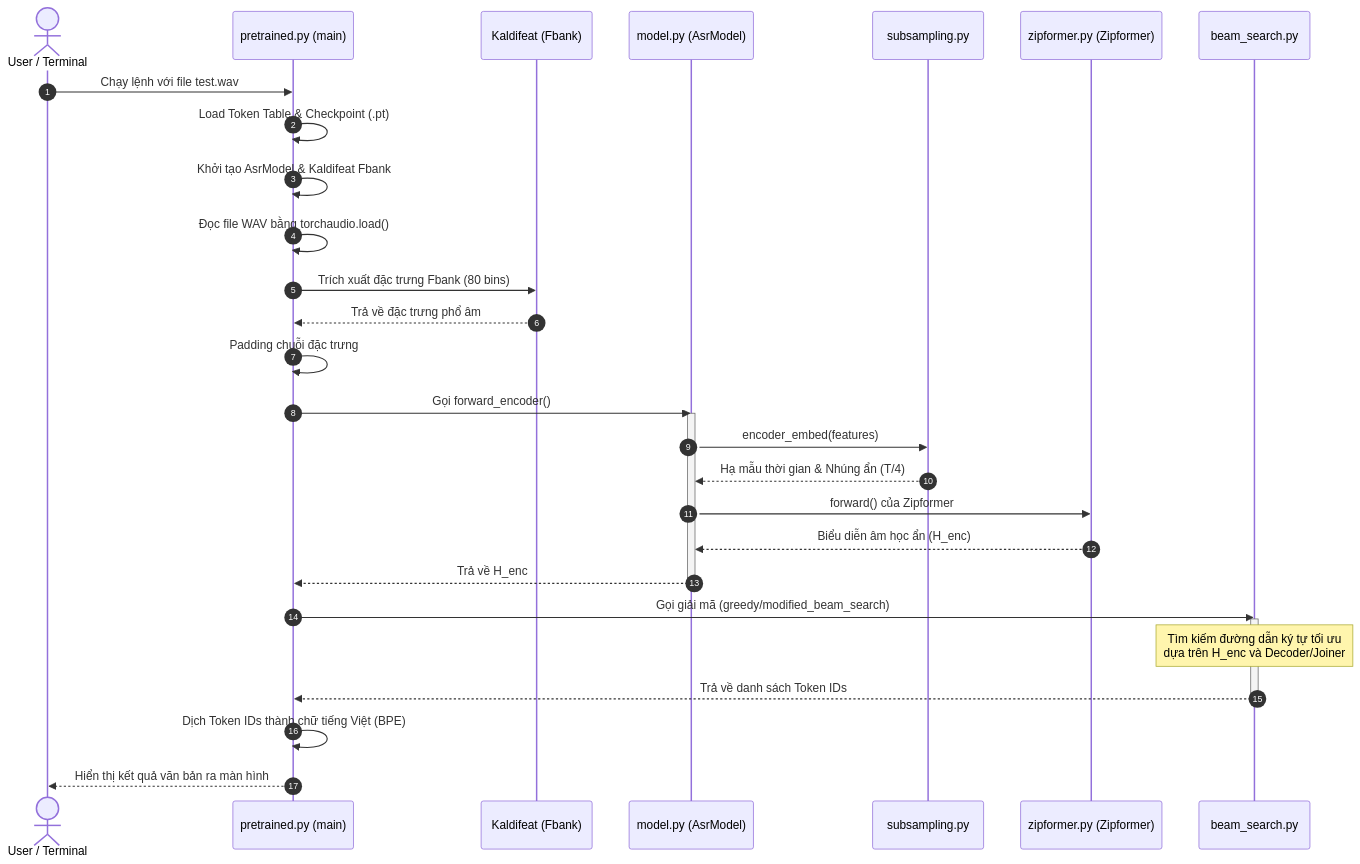
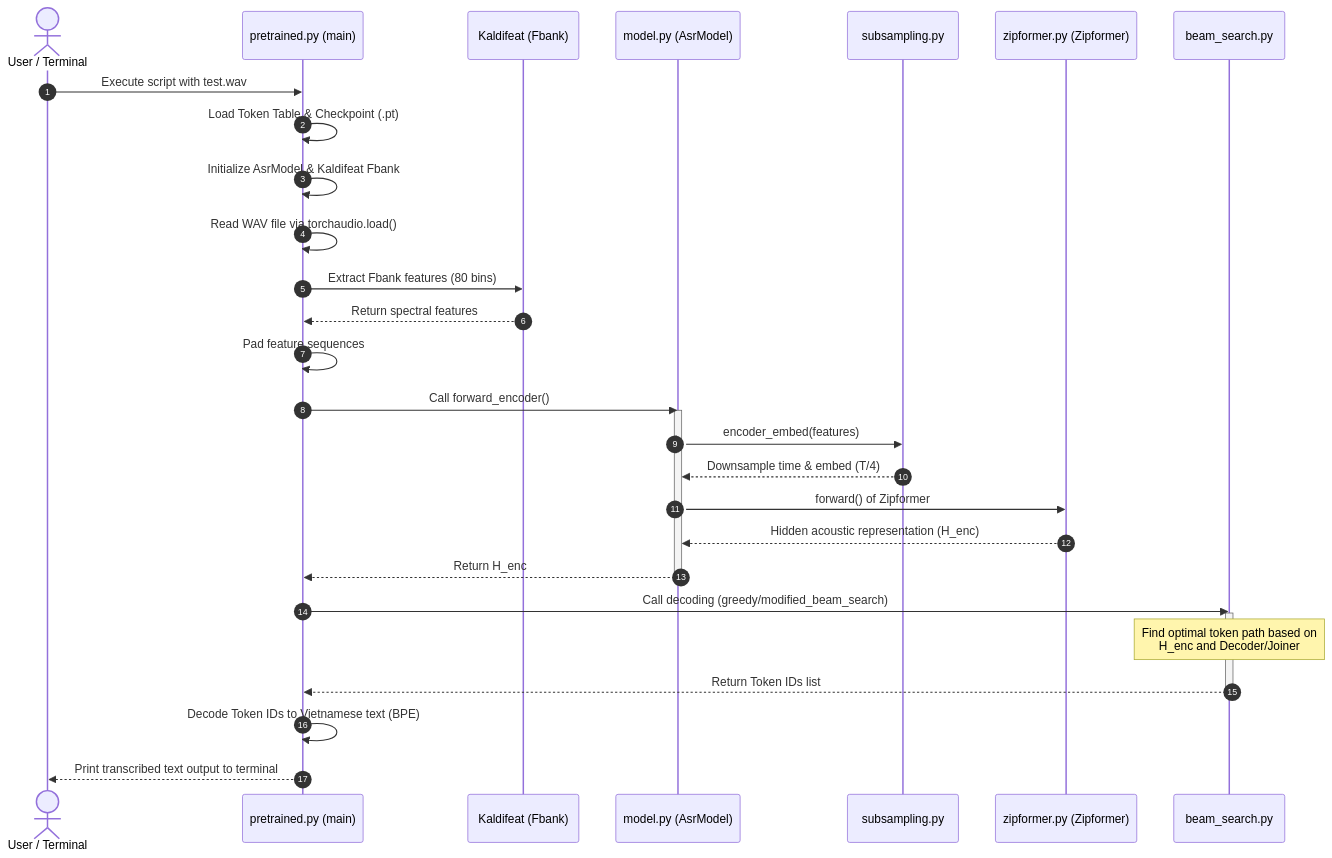
The diagram in docs/zipformer-architecture.md (AnhNN04/AIP491-G5-zipformer-training), drawn with Mermaid before and after one commit. The commit also changed other lines of this file and 6 other files, not shown here.

Commit message:
docs: create docs for origional asr architect and detail implementation for POC demo system

````diff
--- a/docs/zipformer-architecture.md
+++ b/docs/zipformer-architecture.md
@@ -62,34 +62,34 @@
 ```mermaid
 sequenceDiagram
     autonumber
     actor User as User / Terminal
     participant Main as pretrained.py (main)
     participant Feat as Kaldifeat (Fbank)
     participant Model as model.py (AsrModel)
     participant Sub as subsampling.py
     participant Enc as zipformer.py (Zipformer)
     participant Dec as beam_search.py
 
-    User->>Main: Chạy lệnh với file test.wav
+    User->>Main: Execute script with test.wav
     Main->>Main: Load Token Table & Checkpoint (.pt)
-    Main->>Main: Khởi tạo AsrModel & Kaldifeat Fbank
-    Main->>Main: Đọc file WAV bằng torchaudio.load()
-    Main->>Feat: Trích xuất đặc trưng Fbank (80 bins)
-    Feat-->>Main: Trả về đặc trưng phổ âm
-    Main->>Main: Padding chuỗi đặc trưng
-    Main->>Model: Gọi forward_encoder()
+    Main->>Main: Initialize AsrModel & Kaldifeat Fbank
+    Main->>Main: Read WAV file via torchaudio.load()
+    Main->>Feat: Extract Fbank features (80 bins)
+    Feat-->>Main: Return spectral features
+    Main->>Main: Pad feature sequences
+    Main->>Model: Call forward_encoder()
     activate Model
     Model->>Sub: encoder_embed(features)
-    Sub-->>Model: Hạ mẫu thời gian & Nhúng ẩn (T/4)
-    Model->>Enc: forward() của Zipformer
-    Enc-->>Model: Biểu diễn âm học ẩn (H_enc)
-    Model-->>Main: Trả về H_enc
+    Sub-->>Model: Downsample time & embed (T/4)
+    Model->>Enc: forward() of Zipformer
+    Enc-->>Model: Hidden acoustic representation (H_enc)
+    Model-->>Main: Return H_enc
     deactivate Model
-    Main->>Dec: Gọi giải mã (greedy/modified_beam_search)
+    Main->>Dec: Call decoding (greedy/modified_beam_search)
     activate Dec
-    Note over Dec: Tìm kiếm đường dẫn ký tự tối ưu <br/> dựa trên H_enc và Decoder/Joiner
-    Dec-->>Main: Trả về danh sách Token IDs
+    Note over Dec: Find optimal token path based on <br/> H_enc and Decoder/Joiner
+    Dec-->>Main: Return Token IDs list
     deactivate Dec
-    Main->>Main: Dịch Token IDs thành chữ tiếng Việt (BPE)
-    Main-->>User: Hiển thị kết quả văn bản ra màn hình
+    Main->>Main: Decode Token IDs to Vietnamese text (BPE)
+    Main-->>User: Print transcribed text output to terminal
 ```
````
